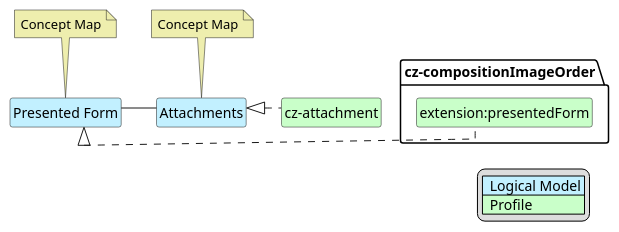
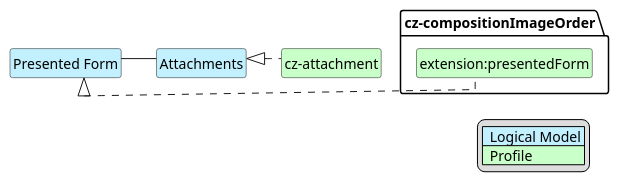
The diagram in input/images-source/imgOrderAttach-map.plantuml (HL7-cz/img-order), drawn with PlantUML before and after one commit. The commit also changed 16 other files, not shown here.

```diff
--- a/input/images-source/imgOrderAttach-map.plantuml
+++ b/input/images-source/imgOrderAttach-map.plantuml
@@ -1,38 +1,32 @@
 @startuml
 hide circle
 hide stereotype
 hide members
 hide methods
 skinparam linetype ortho
 skinparam class {
 BackgroundColor<<LogicalModel>> #APPLICATION
 BackgroundColor<<Profile>> #TECHNOLOGY
 }
 legend right
 | <#APPLICATION>  Logical Model |
 | <#TECHNOLOGY>  Profile |
 endlegend
 
 class "Presented Form" <<LogicalModel>> [[StructureDefinition-PresentedFormCz.html]]
-note top #EEEEAE [[ConceptMap-AttachmentImagingOrder2FHIR-cz.html]]
-Concept Map
-endnote
 
 class "Attachments" <<LogicalModel>> [[StructureDefinition-AttachmentsCz.html]]
-note top #EEEEAE [[ConceptMap-AttachmentImagingOrder2FHIR-cz.html]]
-Concept Map
-endnote
 
 class "cz-compositionImageOrder.extension:presentedForm" <<Profile>> [[https://build.fhir.org/ig/HL7-cz/img-order/StructureDefinition-cz-compositionImageOrder.html#ac]]
 class "cz-attachment" <<Profile>> [[https://build.fhir.org/ig/HL7-cz/img-order/StructureDefinition-cz-attachment.html]]
 
 "Presented Form" -- "Attachments"
 
 "Presented Form" <|. "cz-compositionImageOrder.extension:presentedForm"
 "Attachments" <|. "cz-attachment"
 
 "Presented Form" -r[hidden]-> "Attachments"
 "Presented Form" -d[hidden]-> "cz-compositionImageOrder.extension:presentedForm"
 "Attachments" -d[hidden]-> "cz-attachment"
 
 @enduml
```
